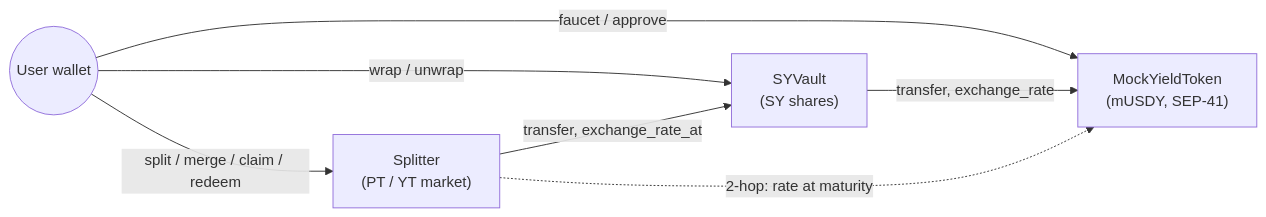
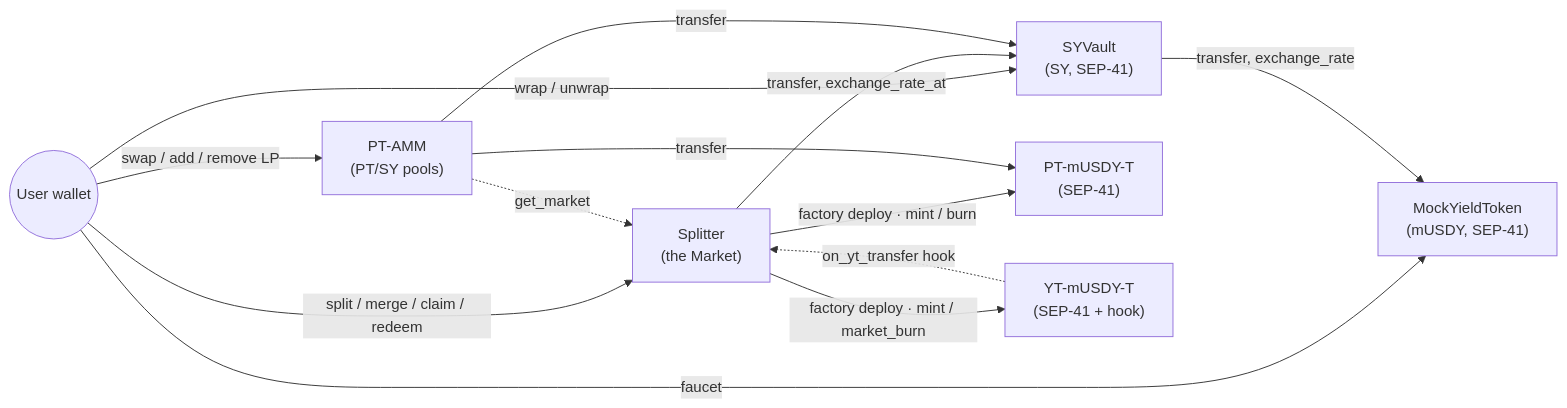
Before and after one commit to sayweer/stellas20: the diagram in README.md, drawn with Mermaid. The commit also changed other lines of this file and 7 other files, not shown here.

````diff
--- a/README.md
+++ b/README.md
@@ -38,14 +38,23 @@
 ```mermaid
 flowchart LR
   User(("User wallet"))
   MYT["MockYieldToken<br/>(mUSDY, SEP-41)"]
-  SY["SYVault<br/>(SY shares)"]
-  SP["Splitter<br/>(PT / YT market)"]
+  SY["SYVault<br/>(SY, SEP-41)"]
+  SP["Splitter<br/>(the Market)"]
+  PT["PT-mUSDY-T<br/>(SEP-41)"]
+  YT["YT-mUSDY-T<br/>(SEP-41 + hook)"]
+  AMM["PT-AMM<br/>(PT/SY pools)"]
 
-  User -->|faucet / approve| MYT
+  User -->|faucet| MYT
   User -->|wrap / unwrap| SY
   User -->|split / merge / claim / redeem| SP
+  User -->|swap / add / remove LP| AMM
   SY -->|transfer, exchange_rate| MYT
   SP -->|transfer, exchange_rate_at| SY
-  SP -.->|2-hop: rate at maturity| MYT
+  SP -->|factory deploy · mint / burn| PT
+  SP -->|factory deploy · mint / market_burn| YT
+  YT -.->|on_yt_transfer hook| SP
+  AMM -->|transfer| PT
+  AMM -->|transfer| SY
+  AMM -.->|get_market| SP
 ```
````
